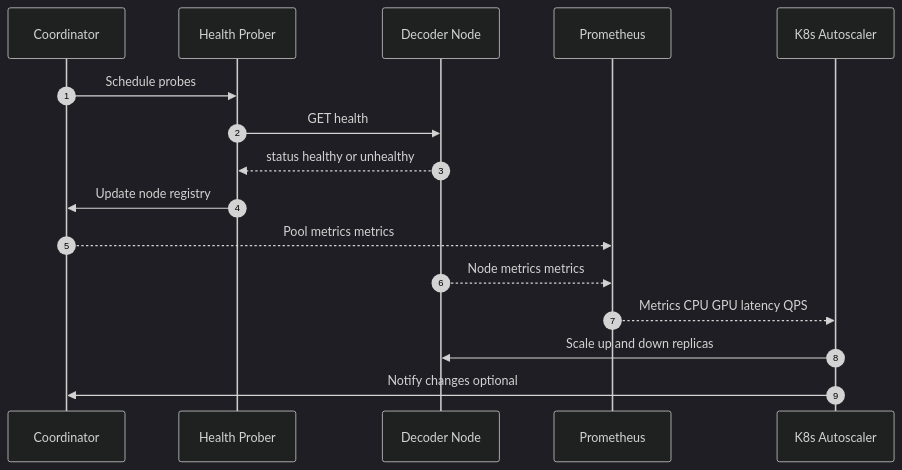
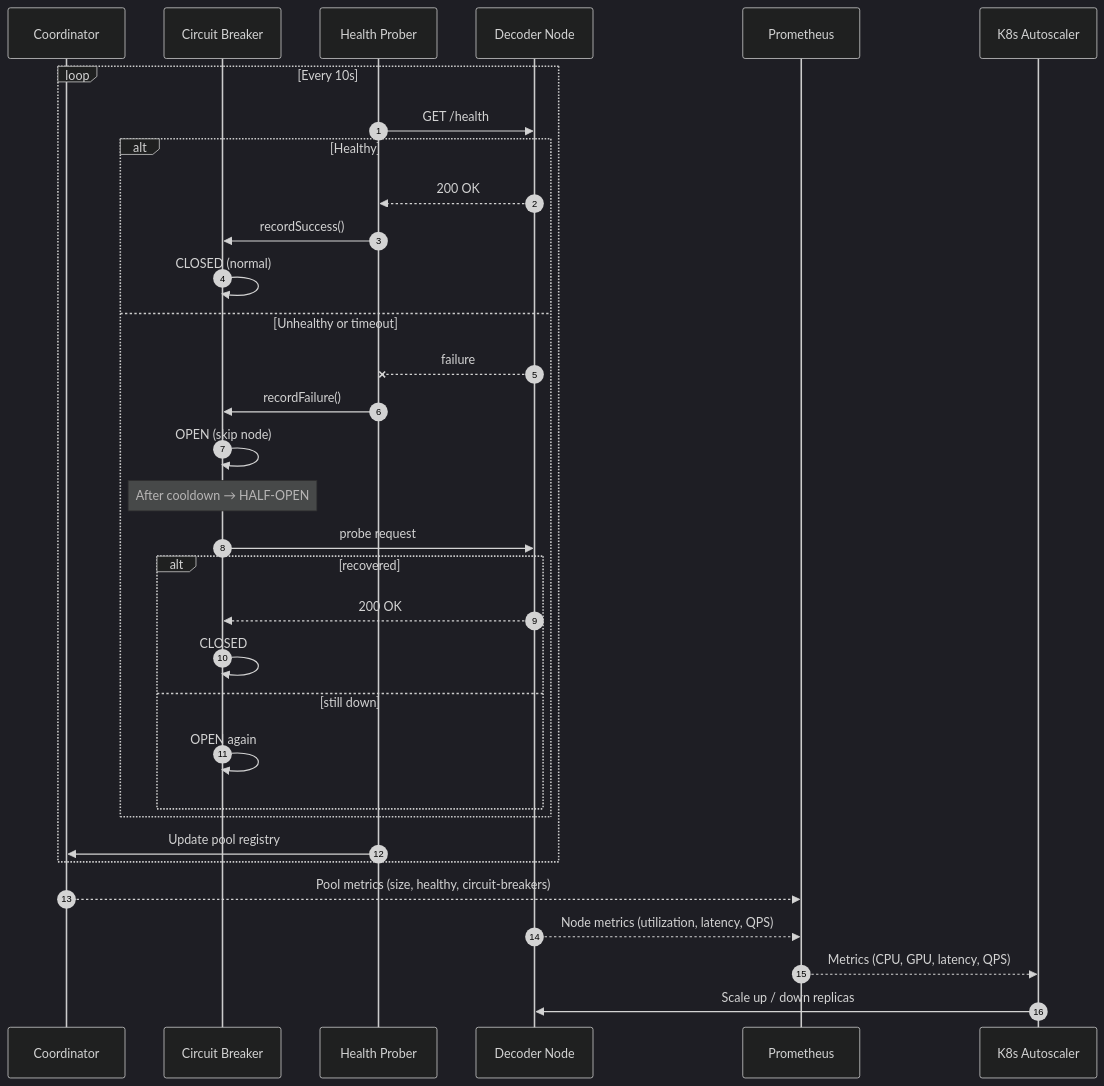
Before and after one commit to code-with-zeeshan/universal-translation-system: the diagram in docs/diagrams/sequence_health_autoscale.mmd, drawn with Mermaid (dark theme). The commit also changed 81 other files, not shown here.

Commit message:
Clean stale docs/root files, wire tui into uts CLI, update diagrams and .env.example

```diff
--- a/docs/diagrams/sequence_health_autoscale.mmd
+++ b/docs/diagrams/sequence_health_autoscale.mmd
@@ -1,17 +1,35 @@
 sequenceDiagram
     autonumber
     participant COORD as Coordinator
+    participant CB as Circuit Breaker
     participant HC as Health Prober
     participant DN as Decoder Node
     participant PM as Prometheus
     participant HPA as K8s Autoscaler
 
-    COORD->>HC: Schedule probes
-    HC->>DN: GET health
-    DN-->>HC: status healthy or unhealthy
-    HC->>COORD: Update node registry
-    COORD-->>PM: Pool metrics metrics
-    DN-->>PM: Node metrics metrics
-    PM-->>HPA: Metrics CPU GPU latency QPS
-    HPA->>DN: Scale up and down replicas
-    HPA->>COORD: Notify changes optional
+    loop Every 10s
+        HC->>DN: GET /health
+        alt Healthy
+            DN-->>HC: 200 OK
+            HC->>CB: recordSuccess()
+            CB->>CB: CLOSED (normal)
+        else Unhealthy or timeout
+            DN--xHC: failure
+            HC->>CB: recordFailure()
+            CB->>CB: OPEN (skip node)
+            Note over CB: After cooldown → HALF-OPEN
+            CB->>DN: probe request
+            alt recovered
+                DN-->>CB: 200 OK
+                CB->>CB: CLOSED
+            else still down
+                CB->>CB: OPEN again
+            end
+        end
+        HC->>COORD: Update pool registry
+    end
+
+    COORD-->>PM: Pool metrics (size, healthy, circuit-breakers)
+    DN-->>PM: Node metrics (utilization, latency, QPS)
+    PM-->>HPA: Metrics (CPU, GPU, latency, QPS)
+    HPA->>DN: Scale up / down replicas
```
